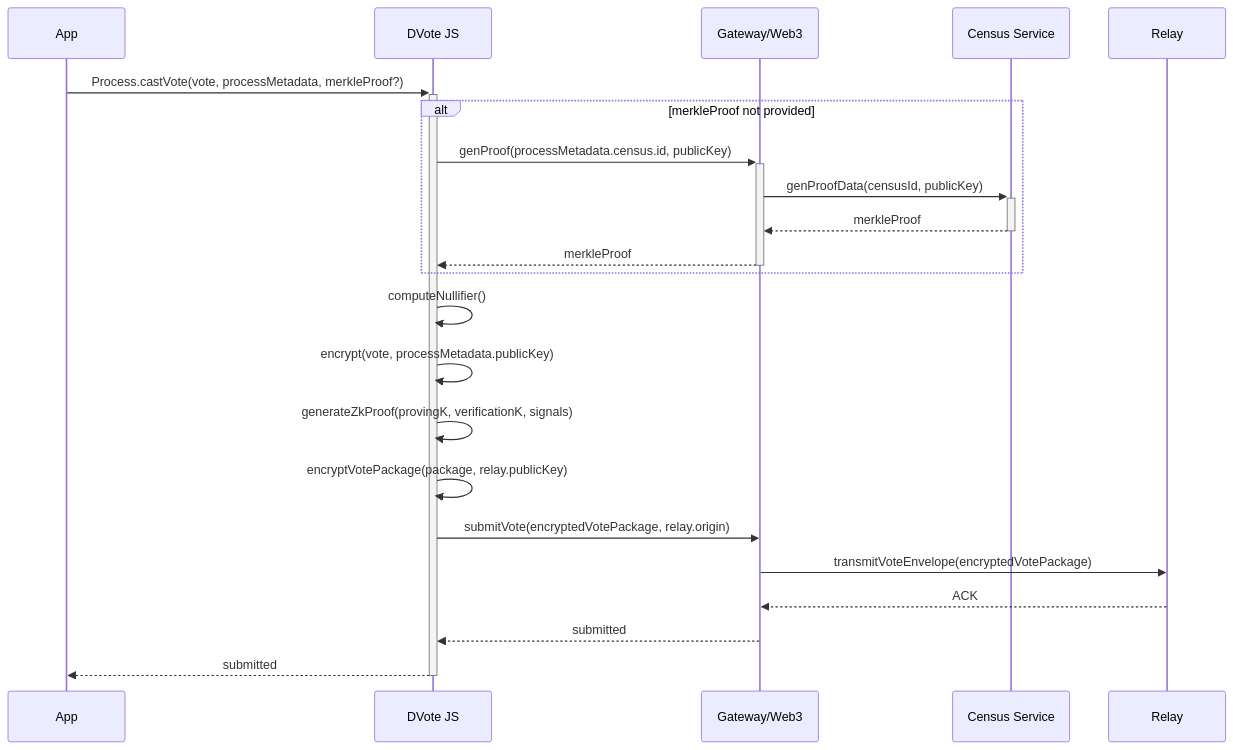
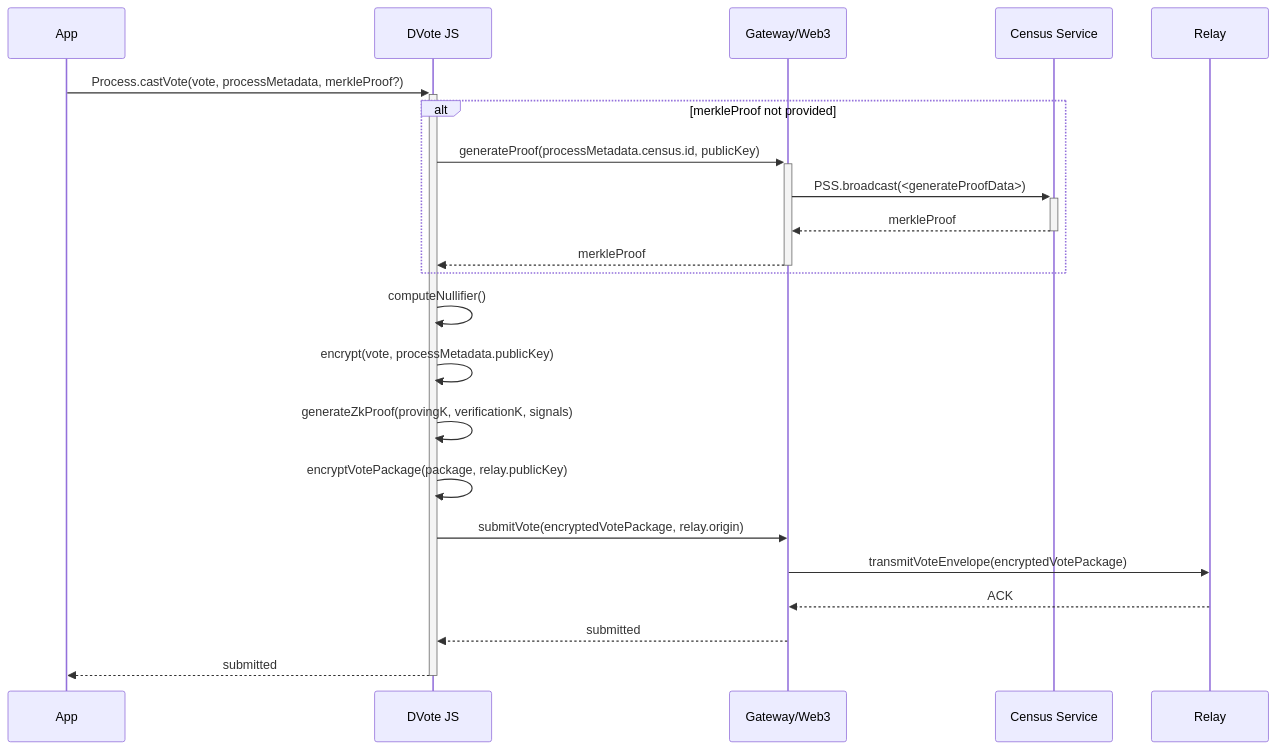
The eighth of 13 diagrams in docs/protocol/sequence-diagrams.md (vocdoni/docs), drawn with Mermaid before and after one commit. The commit also changed other lines of this file and 2 other files, not shown here.

````diff
--- a/docs/protocol/sequence-diagrams.md
+++ b/docs/protocol/sequence-diagrams.md
@@ -343,39 +355,39 @@
 ```mermaid
 sequenceDiagram
 
     participant App
     participant DV as DVote JS
     participant GW as Gateway/Web3
     participant CS as Census Service
     participant RL as Relay
 
     App->>+DV: Process.castVote(vote, processMetadata, merkleProof?)
 
         alt merkleProof not provided
 
-            DV->>+GW: genProof(processMetadata.census.id, publicKey)
+            DV->>+GW: generateProof(processMetadata.census.id, publicKey)
 
-            GW->>+CS: genProofData(censusId, publicKey)
+            GW->>+CS: PSS.broadcast(<generateProofData>)
             CS-->>-GW: merkleProof
 
             GW-->>-DV: merkleProof
 
         end
 
         DV->>DV: computeNullifier()
 
         DV->>DV: encrypt(vote, processMetadata.publicKey)
 
         DV->>DV: generateZkProof(provingK, verificationK, signals)
 
         DV->>DV: encryptVotePackage(package, relay.publicKey)
 
         DV->>GW: submitVote(encryptedVotePackage, relay.origin)
 
             GW->>RL: transmitVoteEnvelope(encryptedVotePackage)
             RL-->>GW: ACK
 
         GW-->>DV: submitted
 
     DV-->>-App: submitted
 ```
````
